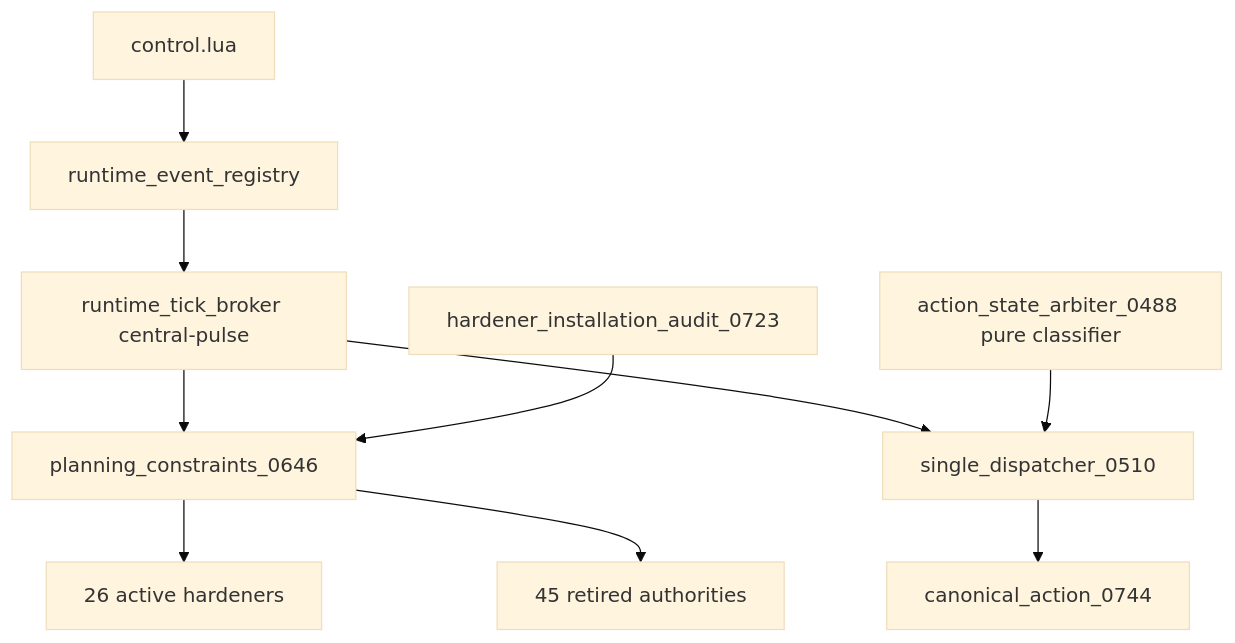
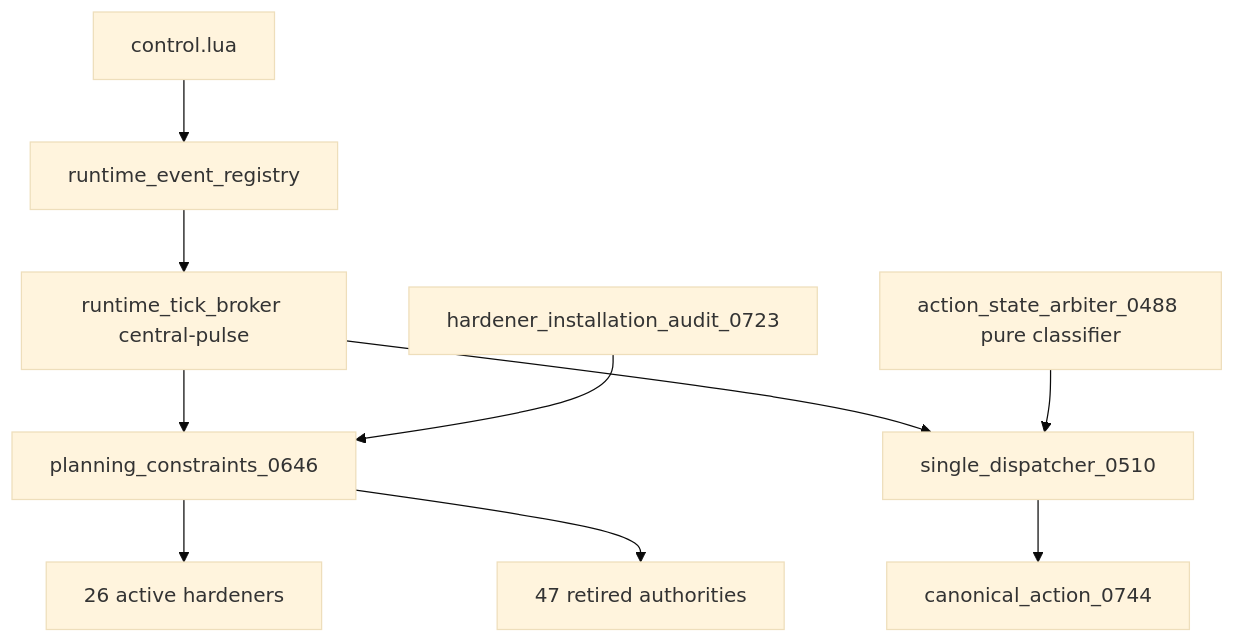
Before and after one commit to mrcalzon02/Tech-Priests: the first of 12 diagrams in docs/RECOVERY_AUTHORITY_MAP_CURRENT.md, drawn with Mermaid (base theme). The commit also changed other lines of this file and 2 other files, not shown here.

````diff
--- a/docs/RECOVERY_AUTHORITY_MAP_CURRENT.md
+++ b/docs/RECOVERY_AUTHORITY_MAP_CURRENT.md
@@ -13,12 +13,12 @@
 ```mermaid
 flowchart TD
     Control[control.lua] --> Registry[runtime_event_registry]
     Registry --> Broker[runtime_tick_broker central-pulse]
     Broker --> Planning[planning_constraints_0646]
     Planning --> Prearm[26 active hardeners]
-    Planning --> Retired[45 retired authorities]
+    Planning --> Retired[47 retired authorities]
     Broker --> Dispatcher[single_dispatcher_0510]
     Dispatcher --> Action[canonical_action_0744]
     Arbiter[action_state_arbiter_0488 pure classifier] --> Dispatcher
     Finalizer[hardener_installation_audit_0723] --> Planning
 ```
````
